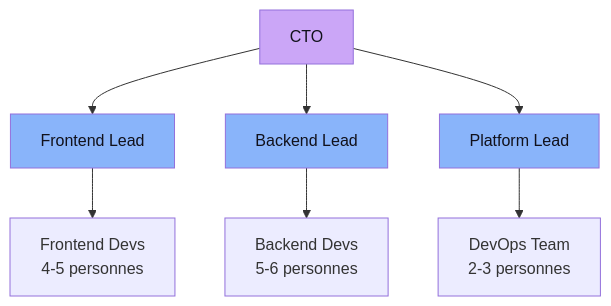
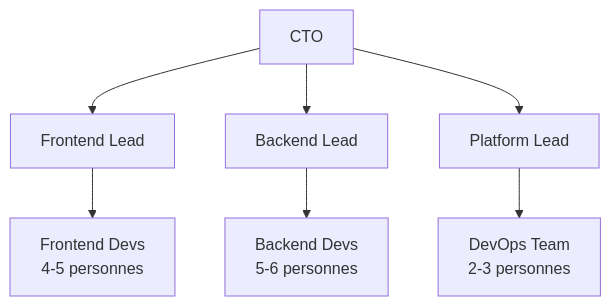
One commit to kdelfour/Ebook_To_be_Or_not_to_be_CTO changed the fourth of 6 diagrams in src/partie4/chapitre13.md. Above: the diagram before and after it, drawn with Mermaid. The commit also changed other lines of this file, not shown here.

Commit message:
:sparkle: Fix Mermaid style

````diff
--- a/src/partie4/chapitre13.md
+++ b/src/partie4/chapitre13.md
@@ -847,25 +831,20 @@
 ```mermaid
 graph TD
     CTO[CTO]
     
     FL[Frontend Lead]
     BL[Backend Lead] 
     PL[Platform Lead]
     
     FD[Frontend Devs<br/>4-5 personnes]
     BD[Backend Devs<br/>5-6 personnes]
     DO[DevOps Team<br/>2-3 personnes]
     
     CTO --> FL
     CTO --> BL
     CTO --> PL
     
     FL --> FD
     BL --> BD
     PL --> DO
-    
-    style CTO fill:#cba6f7,color:#11111b
-    style FL fill:#89b4fa,color:#11111b
-    style BL fill:#89b4fa,color:#11111b
-    style PL fill:#89b4fa,color:#11111b
 ```
````
